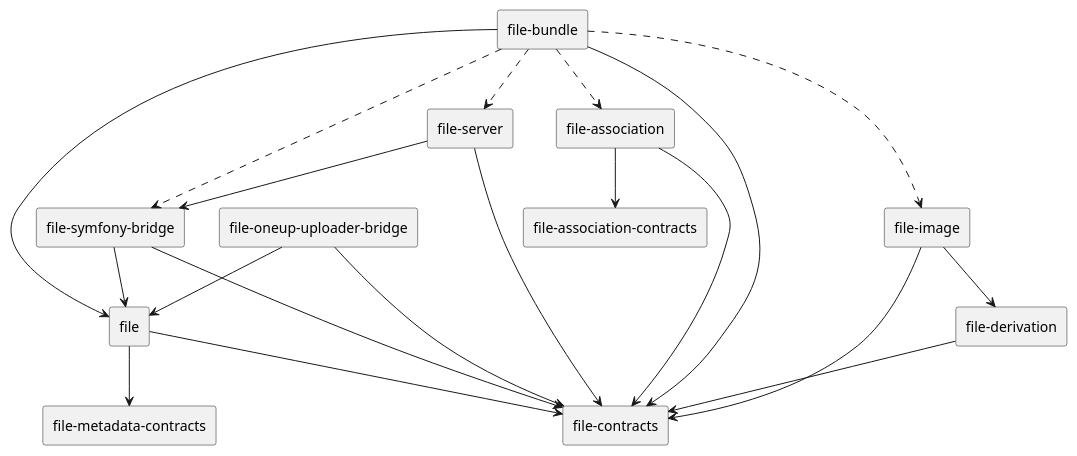
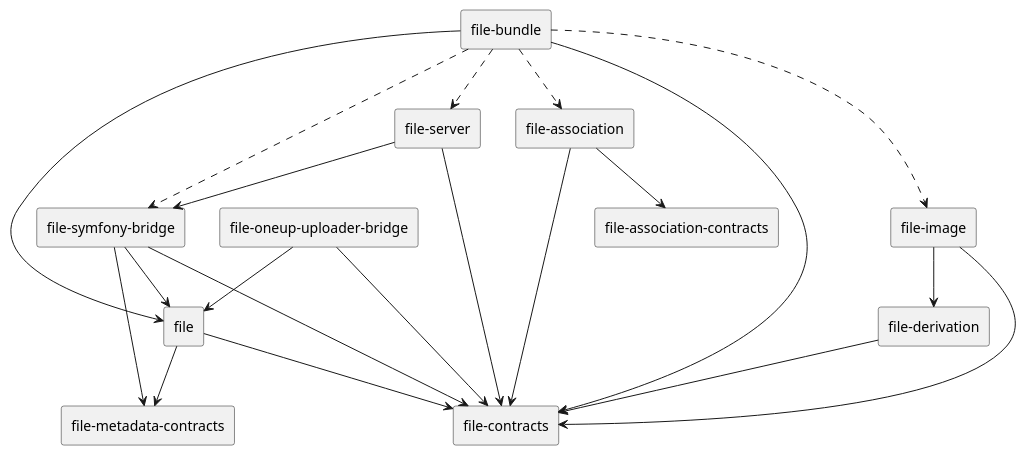
The diagram in diagrams/file-components.wsd (rekalogika/rekalogika.dev), drawn with PlantUML before and after one commit. The commit also changed 5 other files, not shown here.

```diff
--- a/diagrams/file-components.wsd
+++ b/diagrams/file-components.wsd
@@ -1,25 +1,26 @@
 @startuml file-components
 
 skinparam componentStyle rectangle
 
 [file] --> [file-contracts]
 [file] --> [file-metadata-contracts]
 [file-association] --> [file-association-contracts]
 [file-association] --> [file-contracts]
 [file-bundle] --> [file]
 [file-bundle] --> [file-contracts]
 [file-bundle] ..> [file-image]
 [file-bundle] ..> [file-association]
 [file-bundle] ..> [file-server]
 [file-bundle] ..> [file-symfony-bridge]
 [file-derivation] --> [file-contracts]
 [file-image] --> [file-contracts]
 [file-image] --> [file-derivation]
 [file-oneup-uploader-bridge] --> [file-contracts]
 [file-oneup-uploader-bridge] --> [file]
 [file-server] --> [file-contracts]
 [file-server] --> [file-symfony-bridge]
 [file-symfony-bridge] --> [file]
 [file-symfony-bridge] --> [file-contracts]
+[file-symfony-bridge] --> [file-metadata-contracts]
 
 @enduml
```
